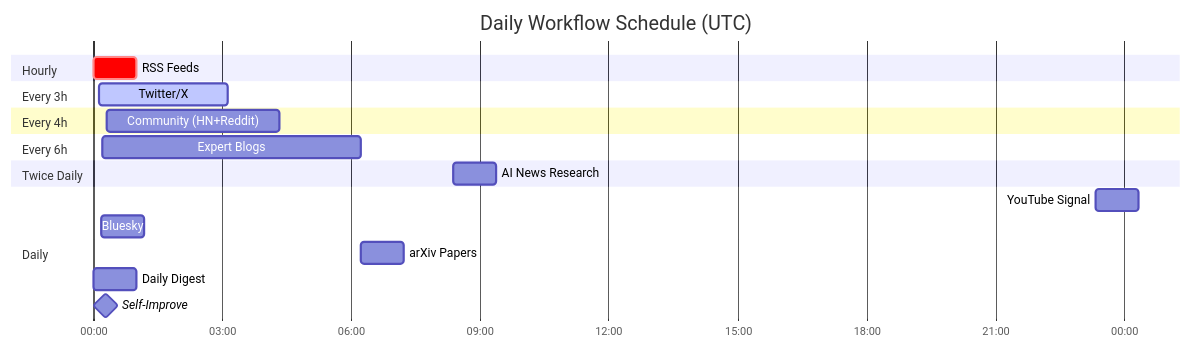
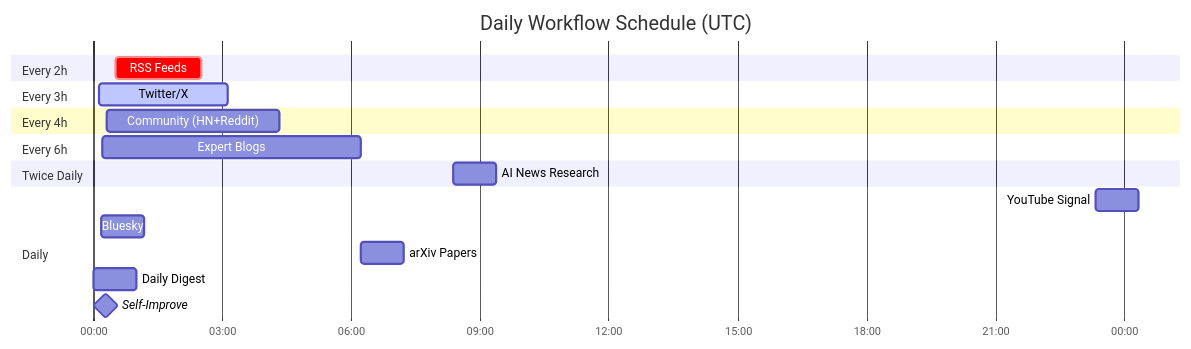
Before and after one commit to guzus/ai-research-arm: the second of 2 diagrams in README.md, drawn with Mermaid. The commit also changed other lines of this file and 6 other files, not shown here.

````diff
--- a/README.md
+++ b/README.md
@@ -125,28 +125,28 @@
 ```mermaid
 gantt
     title Daily Workflow Schedule (UTC)
     dateFormat HH:mm
     axisFormat %H:%M
 
-    section Hourly
-    RSS Feeds           :crit, 00:00, 1h
+    section Every 2h
+    RSS Feeds           :crit, 00:30, 2h
 
     section Every 3h
     Twitter/X           :active, 00:07, 3h
 
     section Every 4h
     Community (HN+Reddit) :00:19, 4h
 
     section Every 6h
     Expert Blogs        :00:13, 6h
 
     section Twice Daily
     AI News Research    :08:23, 1h
 
     section Daily
     YouTube Signal      :23:20, 1h
     Bluesky             :00:11, 1h
     arXiv Papers        :06:13, 1h
     Daily Digest        :00:00, 1h
     Self-Improve        :milestone, 00:17, 0h
 ```
````
